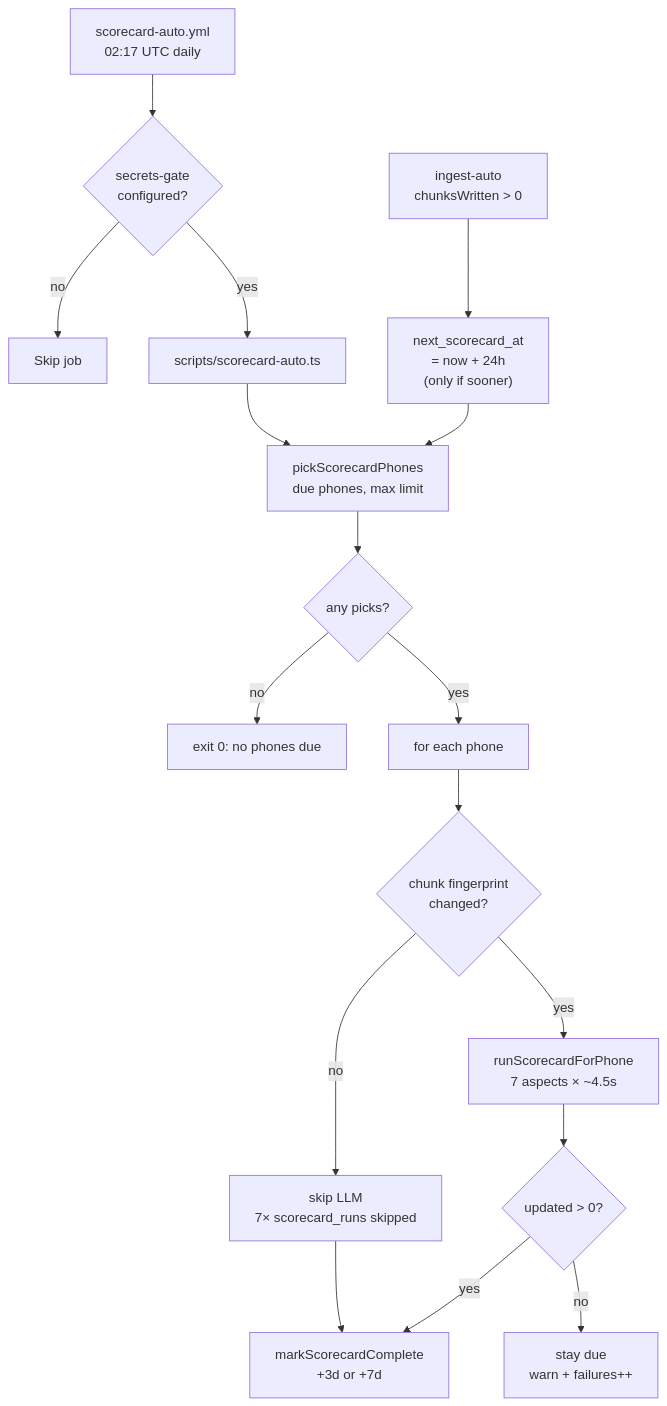
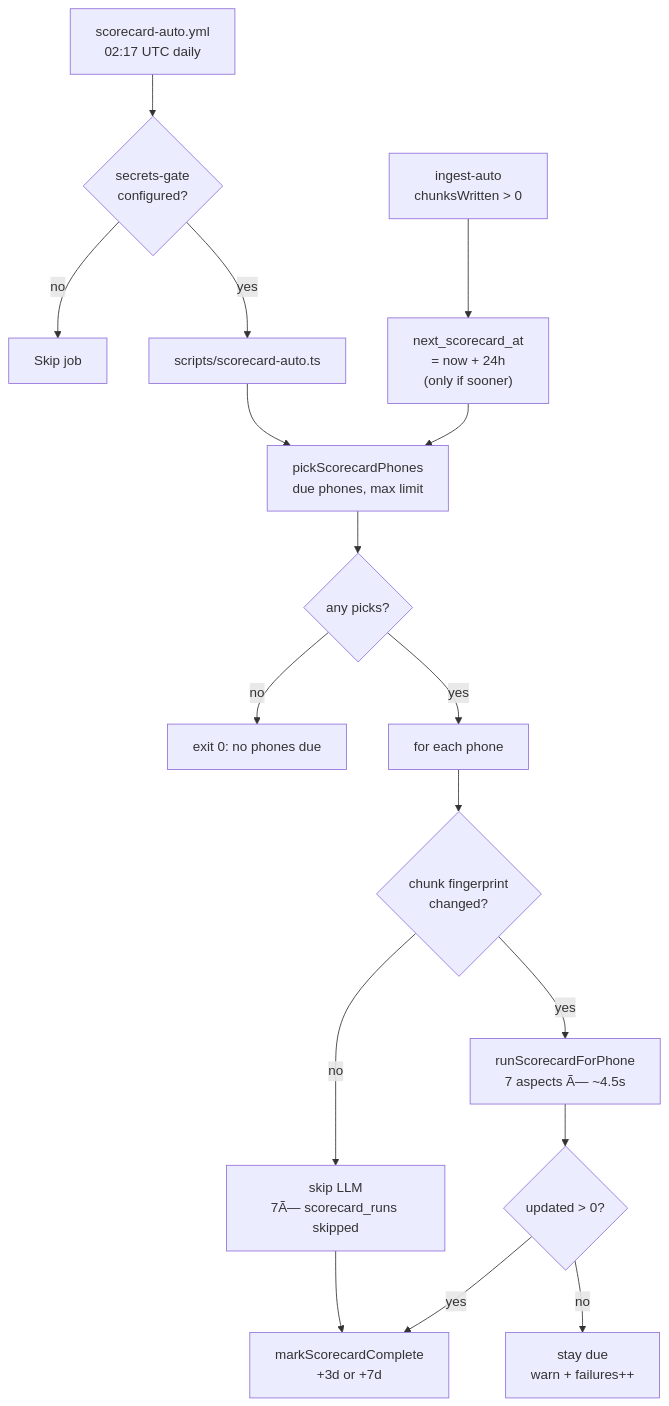
The second of 2 diagrams in docs/RECSY_V2_PROJECT_CONTEXT.md (rohang1411/RECSY), drawn with Mermaid before and after one commit. The commit also changed other lines of this file and 12 other files, not shown here.

````diff
--- a/docs/RECSY_V2_PROJECT_CONTEXT.md
+++ b/docs/RECSY_V2_PROJECT_CONTEXT.md
@@ -752,19 +752,19 @@
 ```mermaid
 flowchart TD
   Cron["scorecard-auto.yml<br/>02:17 UTC daily"] --> Gate{"secrets-gate<br/>configured?"}
   Gate -->|no| SkipWF["Skip job"]
   Gate -->|yes| Auto["scripts/scorecard-auto.ts"]
   Auto --> Pick["pickScorecardPhones<br/>due phones, max limit"]
   Pick --> Empty{"any picks?"}
   Empty -->|no| Done0["exit 0: no phones due"]
   Empty -->|yes| Loop["for each phone"]
   Loop --> FP{"chunk fingerprint<br/>changed?"}
-  FP -->|no| Skip["skip LLM<br/>7× scorecard_runs skipped"]
-  FP -->|yes| Agent["runScorecardForPhone<br/>7 aspects × ~4.5s"]
+  FP -->|no| Skip["skip LLM<br/>7Ã— scorecard_runs skipped"]
+  FP -->|yes| Agent["runScorecardForPhone<br/>7 aspects Ã— ~4.5s"]
   Agent --> OK{"updated > 0?"}
   OK -->|yes| Mark["markScorecardComplete<br/>+3d or +7d"]
   OK -->|no| Retry["stay due<br/>warn + failures++"]
   Skip --> Mark
   Ingest["ingest-auto<br/>chunksWritten > 0"] --> Nudge["next_scorecard_at<br/>= now + 24h<br/>(only if sooner)"]
   Nudge --> Pick
 ```
````
